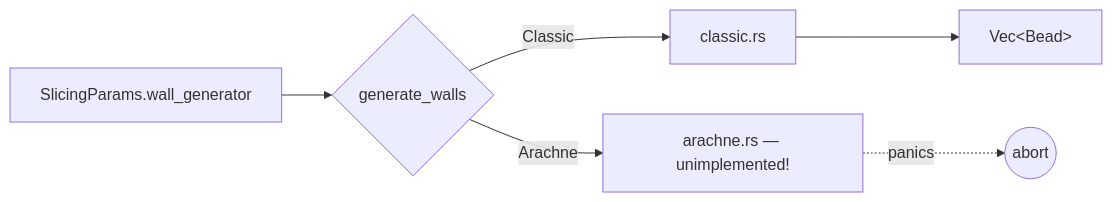
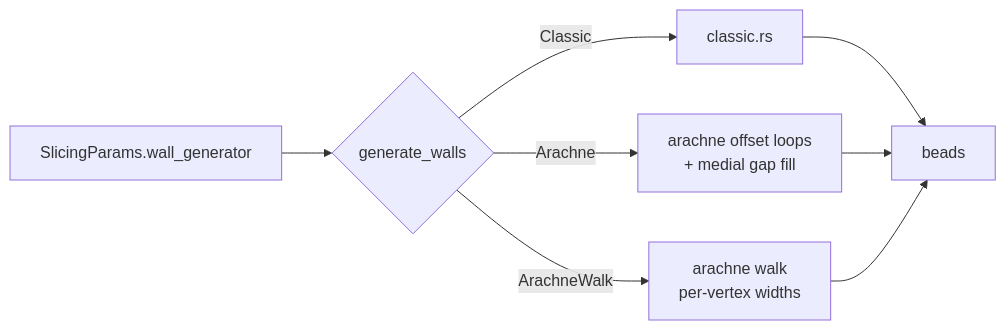
Before and after one commit to ColdCrabby/slicer: the diagram in src/walls/README.md, drawn with Mermaid. The commit also changed other lines of this file and 25 other files, not shown here.

First line of the commit message:
Implement ArachneWalk generator for variable-width skeletal trapezoidation

````diff
--- a/src/walls/README.md
+++ b/src/walls/README.md
@@ -31,8 +37,10 @@
 ```mermaid
 flowchart LR
   P[SlicingParams.wall_generator] --> D{generate_walls}
   D -->|Classic| C[classic.rs]
-  D -->|Arachne| A[arachne.rs — unimplemented!]
-  C --> B[Vec&lt;Bead&gt;]
-  A -.panics.-> X((abort))
+  D -->|Arachne| A[arachne offset loops<br/>+ medial gap fill]
+  D -->|ArachneWalk| W[arachne walk<br/>per-vertex widths]
+  C --> B[beads]
+  A --> B
+  W --> B
 ```
````
